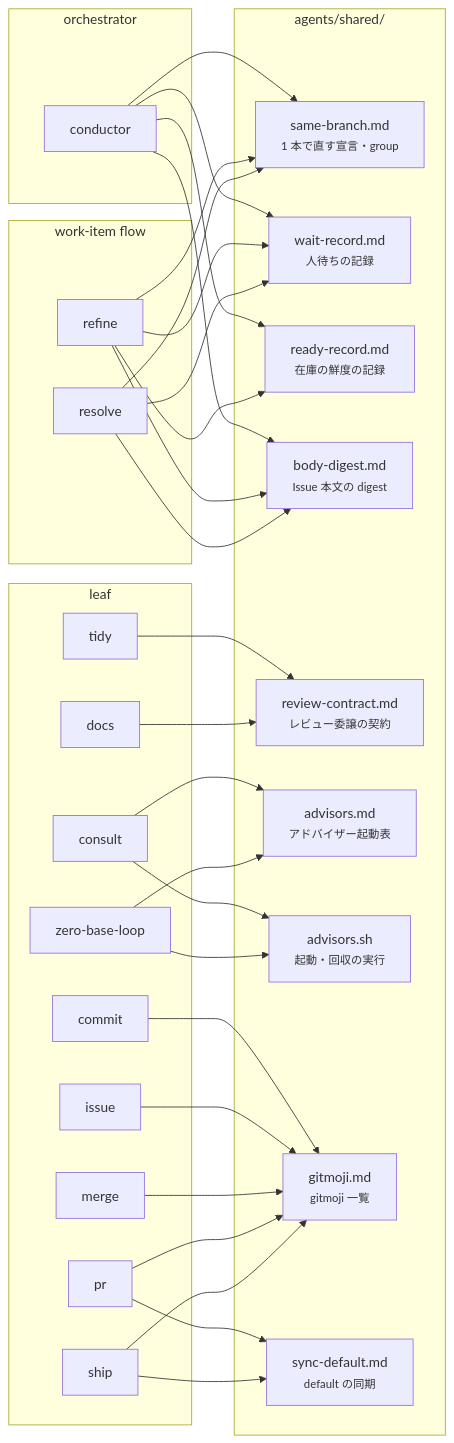
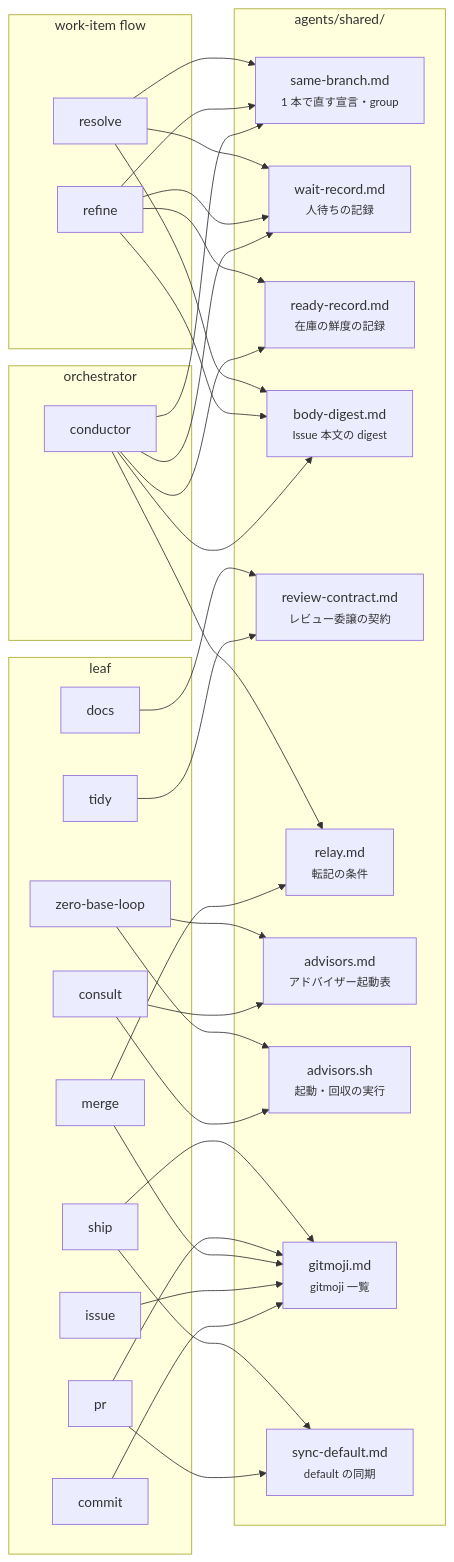
Before and after one commit to usagizmo/agentfiles: the third of 3 diagrams in agents/docs/structure.md, drawn with Mermaid. The commit also changed other lines of this file and 6 other files, not shown here.

````diff
--- a/agents/docs/structure.md
+++ b/agents/docs/structure.md
@@ -86,57 +87,60 @@
 ```mermaid
 flowchart LR
     subgraph orch["orchestrator"]
         CO[conductor]
     end
     subgraph flow["work-item flow"]
         RF[refine]
         RS[resolve]
     end
     subgraph leaf["leaf"]
         CS[consult]
         ZB[zero-base-loop]
         TD[tidy]
         DC[docs]
         CM[commit]
         IS[issue]
         MG[merge]
         PR[pr]
         SH[ship]
     end
     subgraph shared["agents/shared/"]
         SB["same-branch.md<br/><small>1 本で直す宣言・group</small>"]
         WR["wait-record.md<br/><small>人待ちの記録</small>"]
         RR["ready-record.md<br/><small>在庫の鮮度の記録</small>"]
         BD["body-digest.md<br/><small>Issue 本文の digest</small>"]
         RC["review-contract.md<br/><small>レビュー委譲の契約</small>"]
+        RL["relay.md<br/><small>転記の条件</small>"]
         AD["advisors.md<br/><small>アドバイザー起動表</small>"]
         AS["advisors.sh<br/><small>起動・回収の実行</small>"]
         GM["gitmoji.md<br/><small>gitmoji 一覧</small>"]
         SD["sync-default.md<br/><small>default の同期</small>"]
     end
 
+    MG --> RL
+    CO --> RL
     CO --> SB
     CO --> WR
     CO --> RR
     CO --> BD
     RF --> SB
     RF --> WR
     RF --> RR
     RF --> BD
     RS --> SB
     RS --> WR
     RS --> BD
     CS --> AD
     CS --> AS
     ZB --> AD
     ZB --> AS
     TD --> RC
     DC --> RC
     CM --> GM
     IS --> GM
     MG --> GM
     PR --> GM
     SH --> GM
     PR --> SD
     SH --> SD
 ```
````
